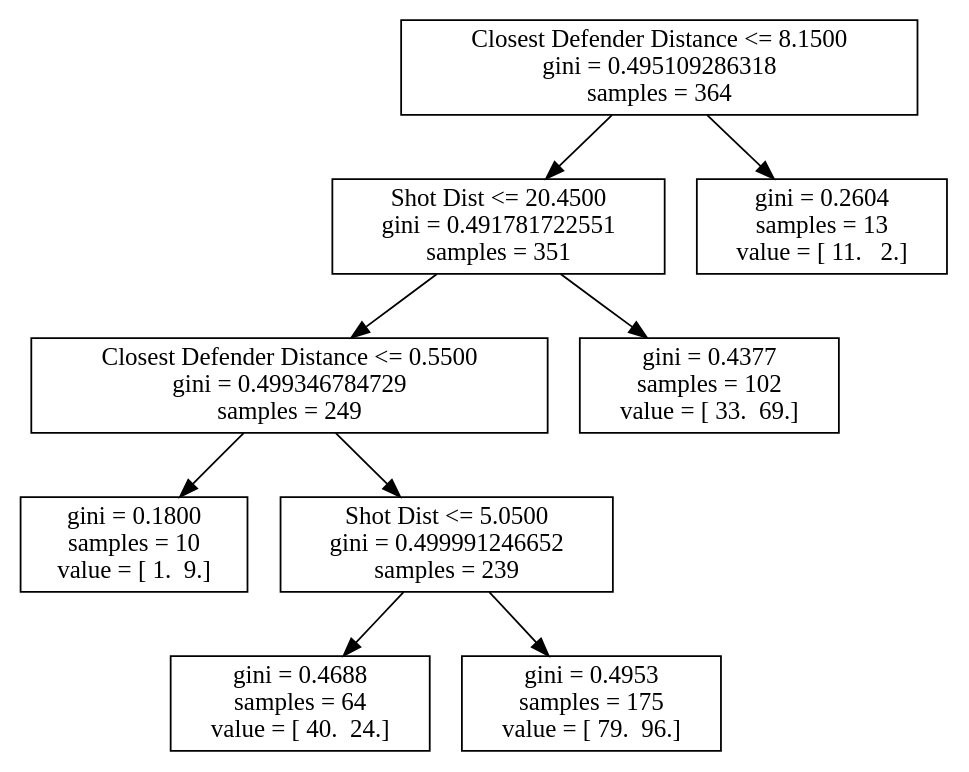
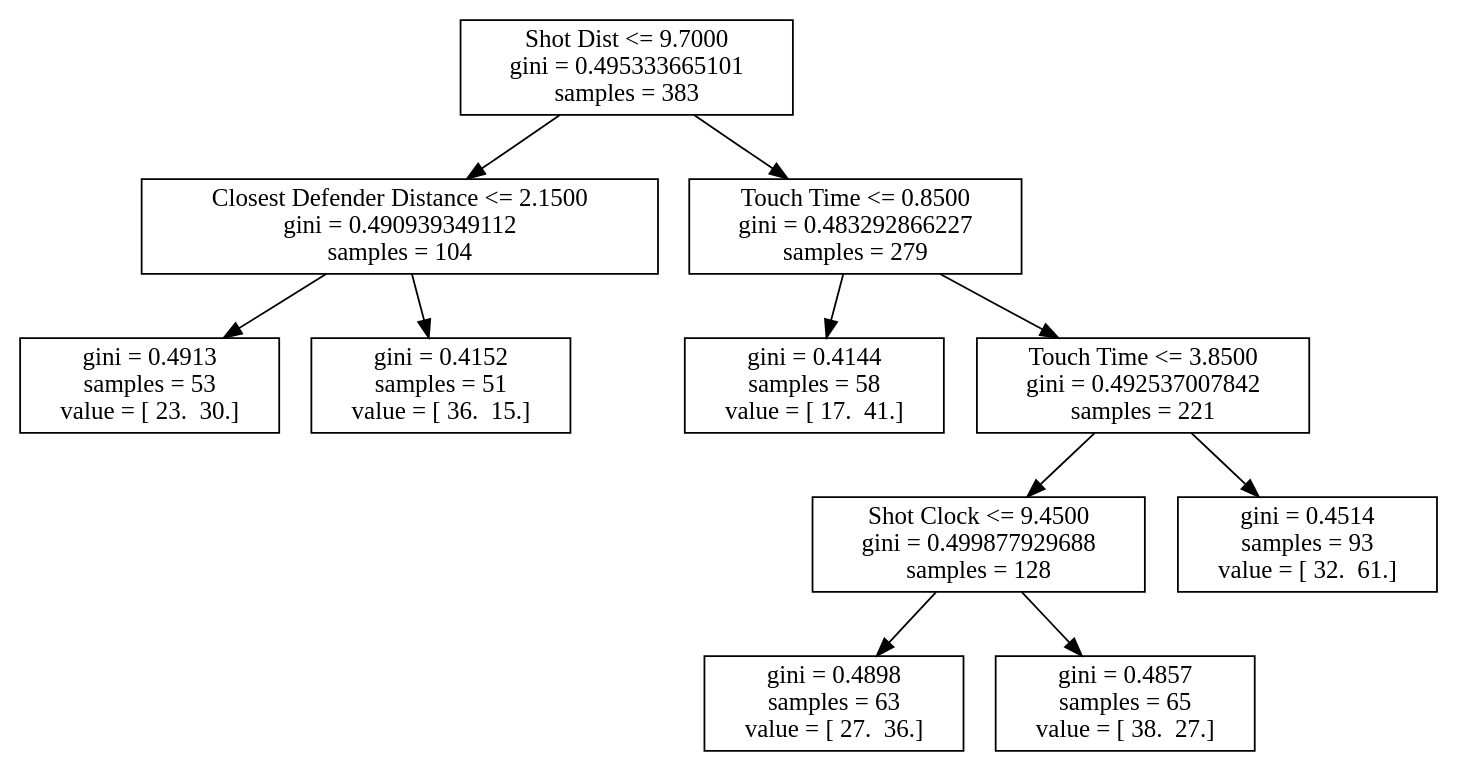
Before and after one commit to bveber/Analyze_NBA: the diagram in carmelo_anthony.dot, drawn with Graphviz. The commit also changed 63 other files, not shown here.

```diff
--- a/carmelo_anthony.dot
+++ b/carmelo_anthony.dot
@@ -1,19 +1,23 @@
 digraph Tree {
-0 [label="Closest Defender Distance <= 8.1500\ngini = 0.495109286318\nsamples = 364", shape="box"] ;
-1 [label="Shot Dist <= 20.4500\ngini = 0.491781722551\nsamples = 351", shape="box"] ;
+0 [label="Shot Dist <= 9.7000\ngini = 0.495333665101\nsamples = 383", shape="box"] ;
+1 [label="Closest Defender Distance <= 2.1500\ngini = 0.490939349112\nsamples = 104", shape="box"] ;
 0 -> 1 ;
-2 [label="Closest Defender Distance <= 0.5500\ngini = 0.499346784729\nsamples = 249", shape="box"] ;
+2 [label="gini = 0.4913\nsamples = 53\nvalue = [ 23.  30.]", shape="box"] ;
 1 -> 2 ;
-3 [label="gini = 0.1800\nsamples = 10\nvalue = [ 1.  9.]", shape="box"] ;
-2 -> 3 ;
-4 [label="Shot Dist <= 5.0500\ngini = 0.499991246652\nsamples = 239", shape="box"] ;
-2 -> 4 ;
-5 [label="gini = 0.4688\nsamples = 64\nvalue = [ 40.  24.]", shape="box"] ;
+3 [label="gini = 0.4152\nsamples = 51\nvalue = [ 36.  15.]", shape="box"] ;
+1 -> 3 ;
+4 [label="Touch Time <= 0.8500\ngini = 0.483292866227\nsamples = 279", shape="box"] ;
+0 -> 4 ;
+5 [label="gini = 0.4144\nsamples = 58\nvalue = [ 17.  41.]", shape="box"] ;
 4 -> 5 ;
-6 [label="gini = 0.4953\nsamples = 175\nvalue = [ 79.  96.]", shape="box"] ;
+6 [label="Touch Time <= 3.8500\ngini = 0.492537007842\nsamples = 221", shape="box"] ;
 4 -> 6 ;
-7 [label="gini = 0.4377\nsamples = 102\nvalue = [ 33.  69.]", shape="box"] ;
-1 -> 7 ;
-8 [label="gini = 0.2604\nsamples = 13\nvalue = [ 11.   2.]", shape="box"] ;
-0 -> 8 ;
+7 [label="Shot Clock <= 9.4500\ngini = 0.499877929688\nsamples = 128", shape="box"] ;
+6 -> 7 ;
+8 [label="gini = 0.4898\nsamples = 63\nvalue = [ 27.  36.]", shape="box"] ;
+7 -> 8 ;
+9 [label="gini = 0.4857\nsamples = 65\nvalue = [ 38.  27.]", shape="box"] ;
+7 -> 9 ;
+10 [label="gini = 0.4514\nsamples = 93\nvalue = [ 32.  61.]", shape="box"] ;
+6 -> 10 ;
 }
```
